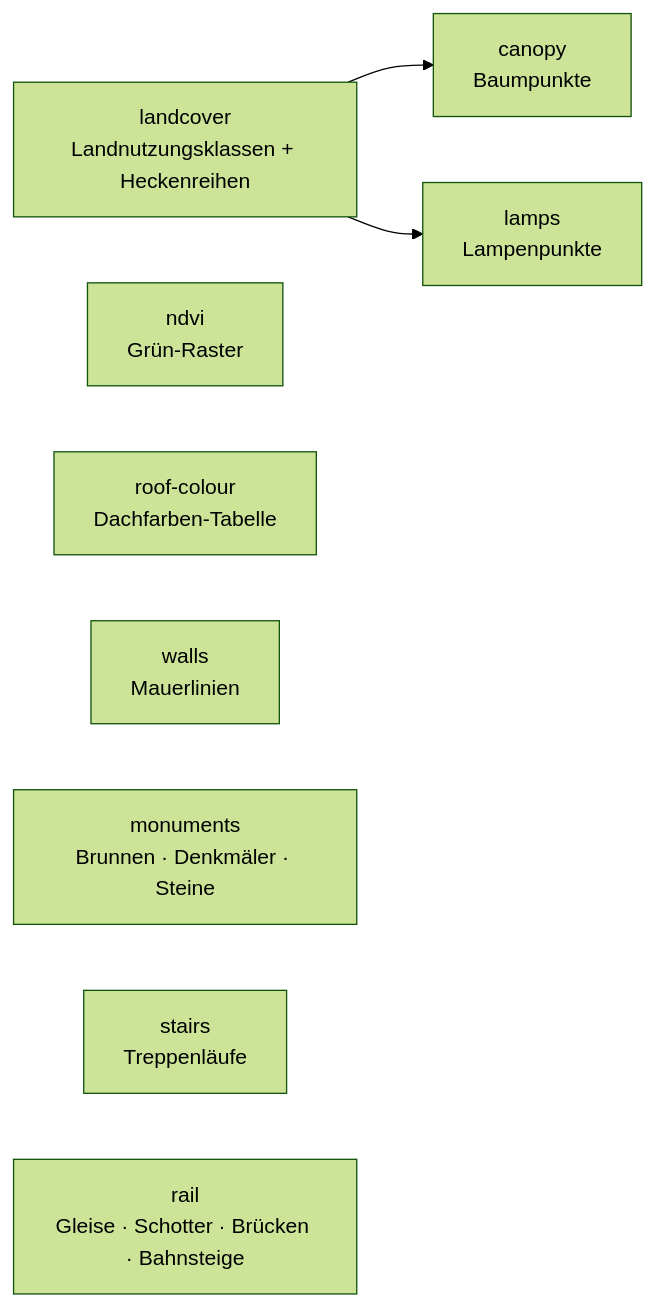
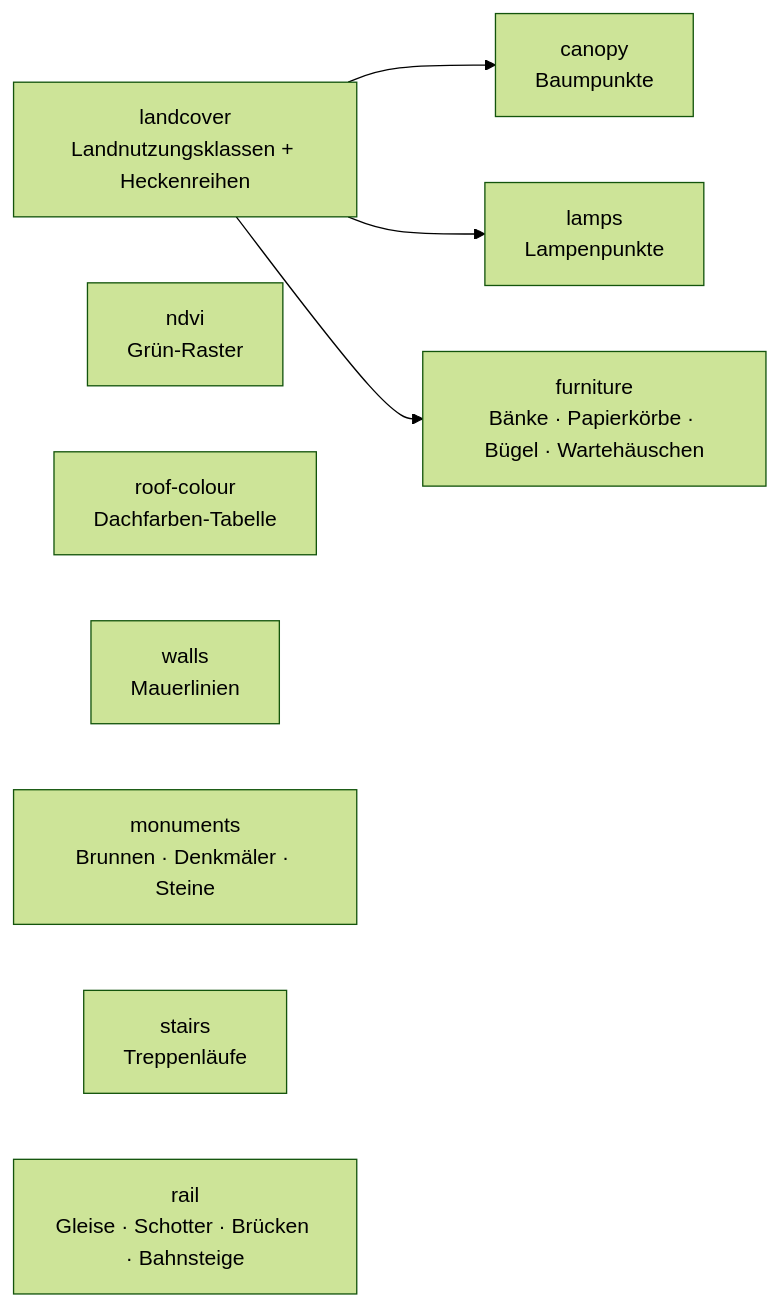
One commit to mdugue/bridge changed the second of 2 diagrams in docs/guide/de/data-journey.md. Above: the diagram before and after it, drawn with Mermaid (forest theme). The commit also changed other lines of this file and 43 other files, not shown here.

````diff
--- a/docs/guide/de/data-journey.md
+++ b/docs/guide/de/data-journey.md
@@ -73,11 +73,12 @@
 ```mermaid
 flowchart LR
   DLM["landcover<br/>Landnutzungsklassen + Heckenreihen"] --> CAN["canopy<br/>Baumpunkte"]
   DLM --> LAMP["lamps<br/>Lampenpunkte"]
+  DLM --> FURN["furniture<br/>Bänke · Papierkörbe · Bügel · Wartehäuschen"]
   NDVI["ndvi<br/>Grün-Raster"]
   ROOF["roof-colour<br/>Dachfarben-Tabelle"]
   WALL["walls<br/>Mauerlinien"]
   MON["monuments<br/>Brunnen · Denkmäler · Steine"]
   STAIR["stairs<br/>Treppenläufe"]
   RAIL["rail<br/>Gleise · Schotter · Brücken · Bahnsteige"]
 ```
````
